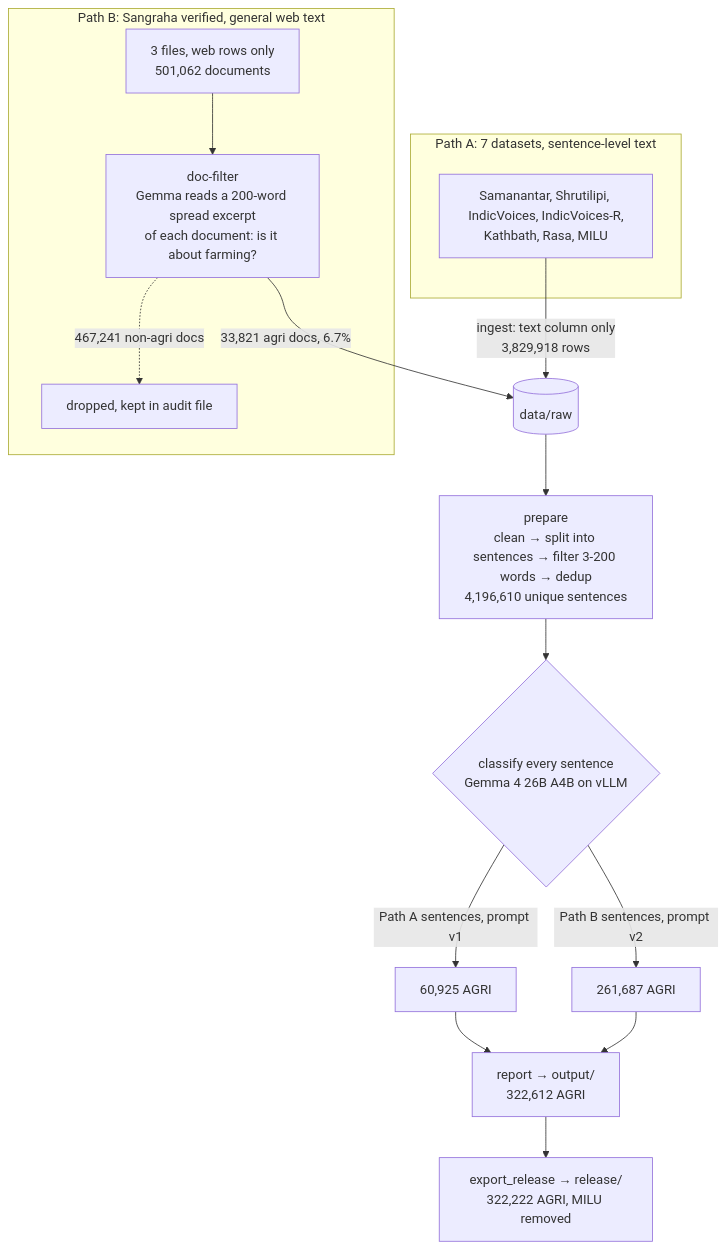
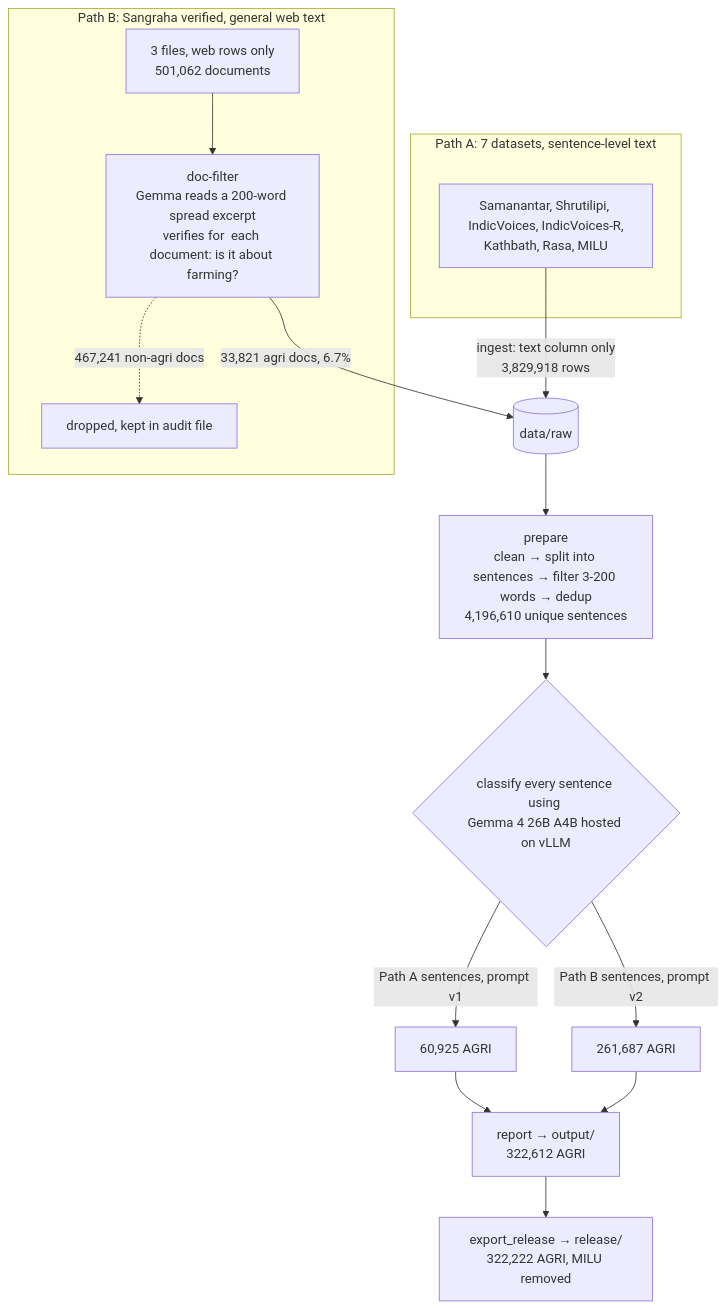
The diagram in hf-corpus-pipeline/README.md (COSS-India/Data-collection-pipeline), drawn with Mermaid before and after one commit. The commit also changed other lines of this file and 2 other files, not shown here.

````diff
--- a/hf-corpus-pipeline/README.md
+++ b/hf-corpus-pipeline/README.md
@@ -9,20 +10,20 @@
 ```mermaid
 flowchart TD
     subgraph A["Path A: 7 datasets, sentence-level text"]
         A1["Samanantar, Shrutilipi, IndicVoices, IndicVoices-R,<br/>Kathbath, Rasa, MILU"]
     end
     subgraph B["Path B: Sangraha verified, general web text"]
-        B1["3 files, web rows only<br/>501,062 documents"] --> B2["doc-filter<br/>Gemma reads a 200-word spread excerpt<br/>of each document: is it about farming?"]
+        B1["3 files, web rows only<br/>501,062 documents"] --> B2["doc-filter<br/>Gemma reads a 200-word spread excerpt<br/>verifies for  each document: is it about farming?"]
         B2 -.->|"467,241 non-agri docs"| B3["dropped, kept in audit file"]
     end
     R[("data/raw")]
     A1 -->|"ingest: text column only<br/>3,829,918 rows"| R
     B2 -->|"33,821 agri docs, 6.7%"| R
     R --> P["prepare<br/>clean → split into sentences → filter 3-200 words → dedup<br/>4,196,610 unique sentences"]
-    P --> C{"classify every sentence<br/>Gemma 4 26B A4B on vLLM"}
+    P --> C{"classify every sentence using <br/>Gemma 4 26B A4B hosted on vLLM"}
     C -->|"Path A sentences, prompt v1"| L1["60,925 AGRI"]
     C -->|"Path B sentences, prompt v2"| L2["261,687 AGRI"]
     L1 --> O["report → output/<br/>322,612 AGRI"]
     L2 --> O
     O --> E["export_release → release/<br/>322,222 AGRI, MILU removed"]
 ```
````
